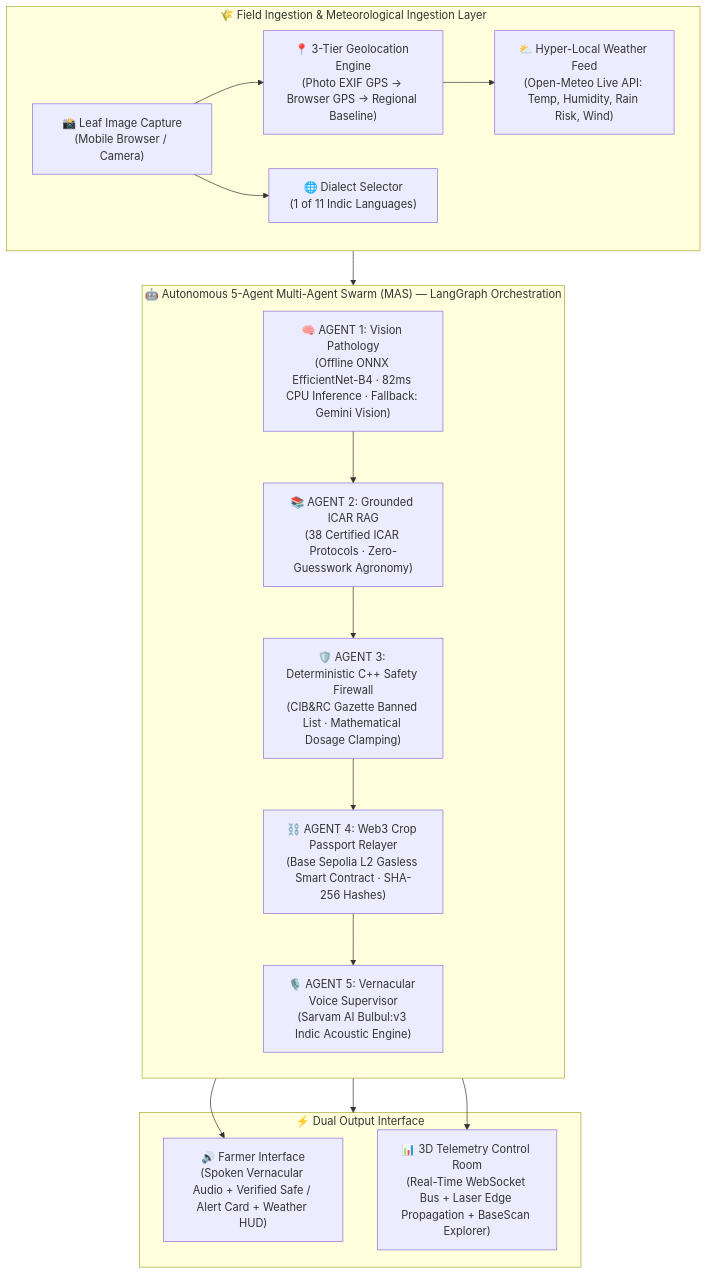
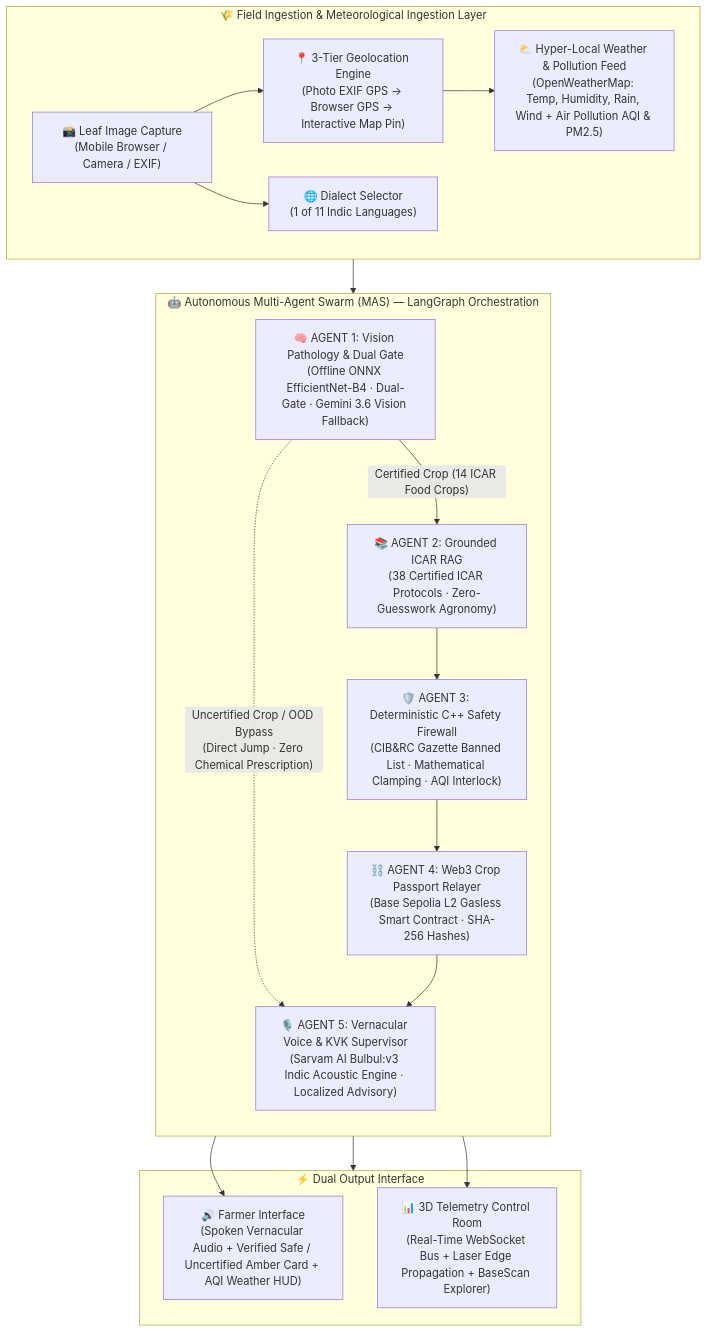
One commit to Player1205/AgriNexus changed the first of 2 diagrams in ARCHITECTURE.md. Above: the diagram before and after it, drawn with Mermaid. The commit also changed other lines of this file and 7 other files, not shown here.

Commit message:
feat(telemetry): integrate AQI air quality index, resilient Indic voice fallback, and KVK referral handoff

````diff
--- a/ARCHITECTURE.md
+++ b/ARCHITECTURE.md
@@ -21,25 +21,29 @@
 ```mermaid
 flowchart TD
     subgraph FIELD ["🌾 Field Ingestion & Meteorological Ingestion Layer"]
-        A["📸 Leaf Image Capture\n(Mobile Browser / Camera)"] --> B["📍 3-Tier Geolocation Engine\n(Photo EXIF GPS -> Browser GPS -> Regional Baseline)"]
-        B --> C["⛅ Hyper-Local Weather Feed\n(Open-Meteo Live API: Temp, Humidity, Rain Risk, Wind)"]
+        A["📸 Leaf Image Capture\n(Mobile Browser / Camera / EXIF)"] --> B["📍 3-Tier Geolocation Engine\n(Photo EXIF GPS -> Browser GPS -> Interactive Map Pin)"]
+        B --> C["⛅ Hyper-Local Weather & Pollution Feed\n(OpenWeatherMap: Temp, Humidity, Rain, Wind + Air Pollution AQI & PM2.5)"]
         A --> D["🌐 Dialect Selector\n(1 of 11 Indic Languages)"]
     end
 
-    subgraph SWARM ["🤖 Autonomous 5-Agent Multi-Agent Swarm (MAS) — LangGraph Orchestration"]
+    subgraph SWARM ["🤖 Autonomous Multi-Agent Swarm (MAS) — LangGraph Orchestration"]
         direction TB
-        E["🧠 AGENT 1: Vision Pathology\n(Offline ONNX EfficientNet-B4 · 82ms CPU Inference · Fallback: Gemini Vision)"]
-        --> F["📚 AGENT 2: Grounded ICAR RAG\n(38 Certified ICAR Protocols · Zero-Guesswork Agronomy)"]
-        --> G["🛡️ AGENT 3: Deterministic C++ Safety Firewall\n(CIB&RC Gazette Banned List · Mathematical Dosage Clamping)"]
-        --> H["⛓️ AGENT 4: Web3 Crop Passport Relayer\n(Base Sepolia L2 Gasless Smart Contract · SHA-256 Hashes)"]
-        --> I["🎙️ AGENT 5: Vernacular Voice Supervisor\n(Sarvam AI Bulbul:v3 Indic Acoustic Engine)"]
+        E["🧠 AGENT 1: Vision Pathology & Dual Gate\n(Offline ONNX EfficientNet-B4 · Dual-Gate · Gemini 3.6 Vision Fallback)"]
+        
+        %% Conditional Early Exit Bypass
+        E -- "Certified Crop (14 ICAR Food Crops)" --> F["📚 AGENT 2: Grounded ICAR RAG\n(38 Certified ICAR Protocols · Zero-Guesswork Agronomy)"]
+        E -. "Uncertified Crop / OOD Bypass\n(Direct Jump · Zero Chemical Prescription)" .-> I
+        
+        F --> G["🛡️ AGENT 3: Deterministic C++ Safety Firewall\n(CIB&RC Gazette Banned List · Mathematical Clamping · AQI Interlock)"]
+        G --> H["⛓️ AGENT 4: Web3 Crop Passport Relayer\n(Base Sepolia L2 Gasless Smart Contract · SHA-256 Hashes)"]
+        H --> I["🎙️ AGENT 5: Vernacular Voice & KVK Supervisor\n(Sarvam AI Bulbul:v3 Indic Acoustic Engine · Localized Advisory)"]
     end
 
     subgraph DUAL_OUT ["⚡ Dual Output Interface"]
-        I --> J["🔊 Farmer Interface\n(Spoken Vernacular Audio + Verified Safe / Alert Card + Weather HUD)"]
+        I --> J["🔊 Farmer Interface\n(Spoken Vernacular Audio + Verified Safe / Uncertified Amber Card + AQI Weather HUD)"]
         H --> K["📊 3D Telemetry Control Room\n(Real-Time WebSocket Bus + Laser Edge Propagation + BaseScan Explorer)"]
     end
 
     FIELD --> SWARM
     SWARM --> DUAL_OUT
 ```
````
